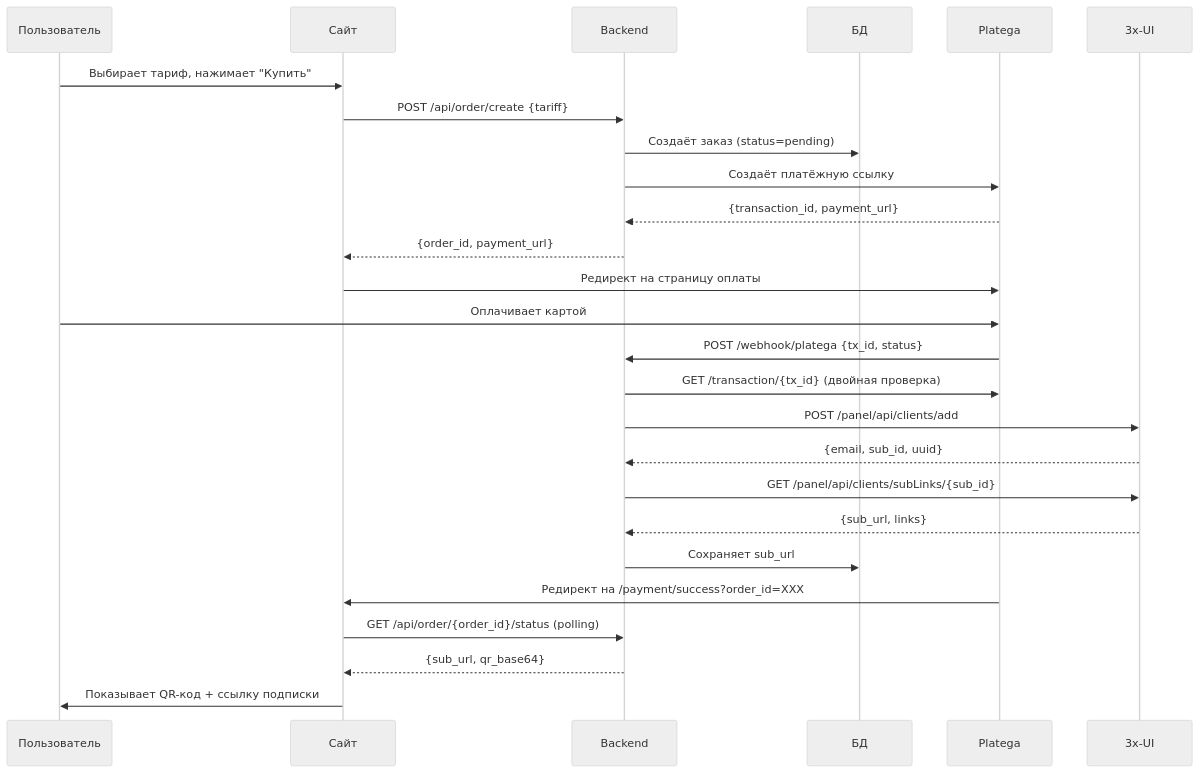
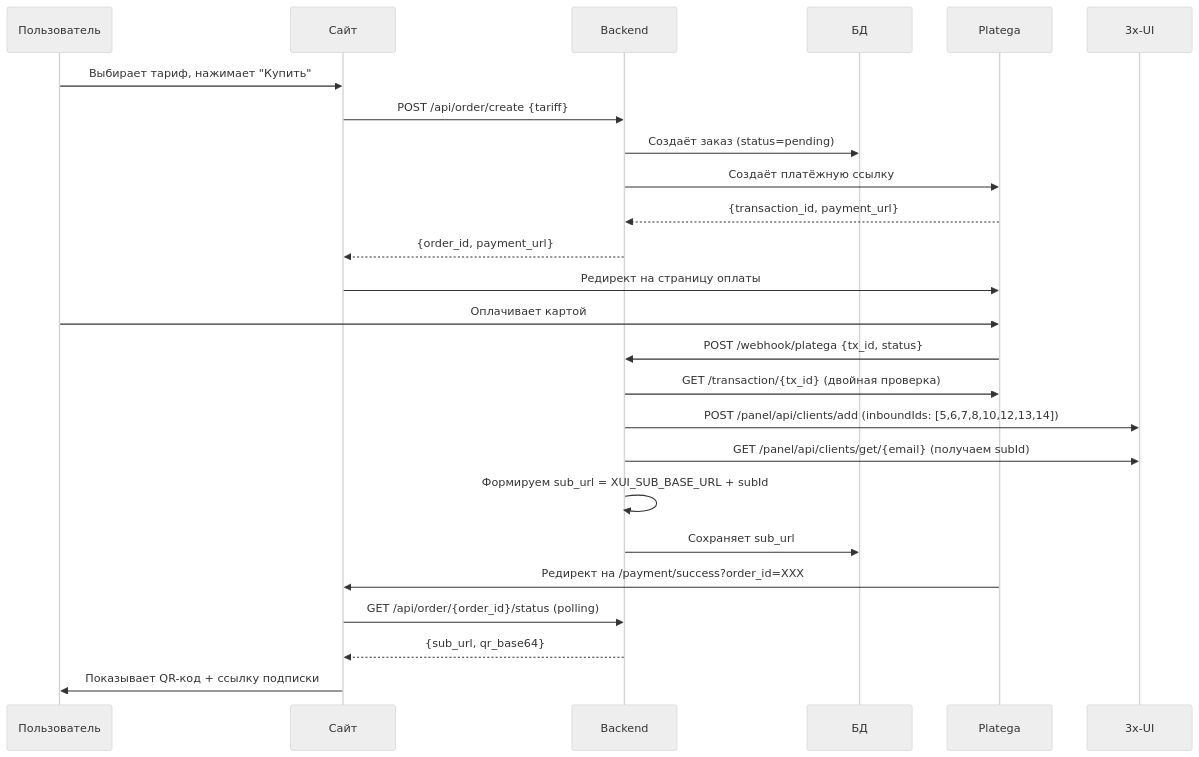
The diagram in README.md (AnikeyAttano-project/AWX_website), drawn with Mermaid (neutral theme) before and after one commit. The commit also changed other lines of this file and 5 other files, not shown here.

````diff
--- a/README.md
+++ b/README.md
@@ -95,22 +100,21 @@
 ```mermaid
 sequenceDiagram
     Пользователь->>Сайт: Выбирает тариф, нажимает "Купить"
     Сайт->>Backend: POST /api/order/create {tariff}
     Backend->>БД: Создаёт заказ (status=pending)
     Backend->>Platega: Создаёт платёжную ссылку
     Platega-->>Backend: {transaction_id, payment_url}
     Backend-->>Сайт: {order_id, payment_url}
     Сайт->>Platega: Редирект на страницу оплаты
     Пользователь->>Platega: Оплачивает картой
     Platega->>Backend: POST /webhook/platega {tx_id, status}
     Backend->>Platega: GET /transaction/{tx_id} (двойная проверка)
-    Backend->>3x-UI: POST /panel/api/clients/add
-    3x-UI-->>Backend: {email, sub_id, uuid}
-    Backend->>3x-UI: GET /panel/api/clients/subLinks/{sub_id}
-    3x-UI-->>Backend: {sub_url, links}
+    Backend->>3x-UI: POST /panel/api/clients/add (inboundIds: [5,6,7,8,10,12,13,14])
+    Backend->>3x-UI: GET /panel/api/clients/get/{email} (получаем subId)
+    Backend->>Backend: Формируем sub_url = XUI_SUB_BASE_URL + subId
     Backend->>БД: Сохраняет sub_url
     Platega->>Сайт: Редирект на /payment/success?order_id=XXX
     Сайт->>Backend: GET /api/order/{order_id}/status (polling)
     Backend-->>Сайт: {sub_url, qr_base64}
     Сайт->>Пользователь: Показывает QR-код + ссылку подписки
 ```
````
